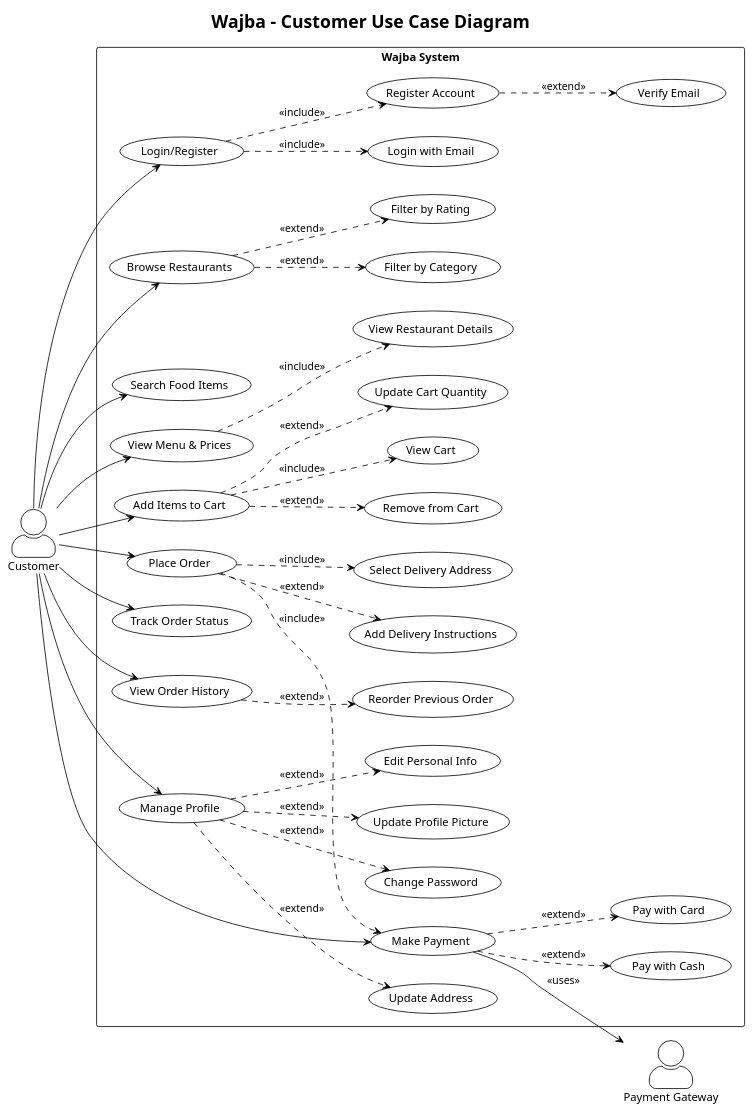
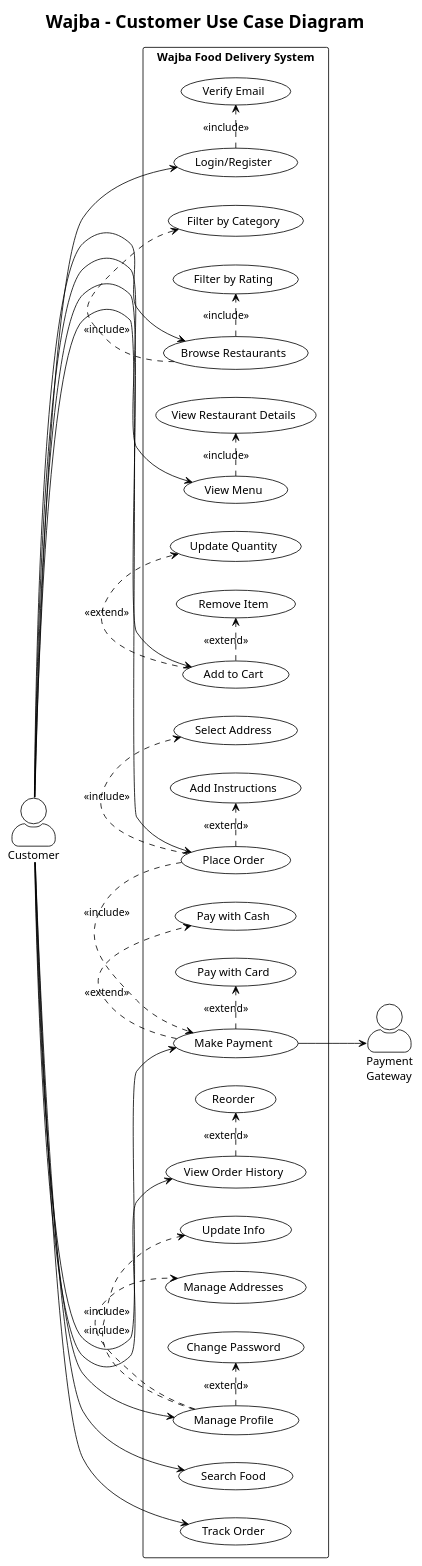
Before and after one commit to mmahmood233/SmartBite: the diagram in diagrams/usecase-customer.puml, drawn with PlantUML. The commit also changed 127 other files, not shown here.

First line of the commit message:
docs: add comprehensive order flow documentation and data management scripts

```diff
--- a/diagrams/usecase-customer.puml
+++ b/diagrams/usecase-customer.puml
@@ -1,101 +1,83 @@
-@startuml Customer Use Case Diagram
+@startuml Customer Use Case
 !theme plain
 skinparam actorStyle awesome
 
 title Wajba - Customer Use Case Diagram
 
 left to right direction
 
 actor Customer as C
-actor "Payment Gateway" as PG
+actor "Payment\nGateway" as PG
 
-rectangle "Wajba System" {
+rectangle "Wajba Food Delivery System" {
+  
   ' Authentication
   usecase "Login/Register" as UC1
-  usecase "Login with Email" as UC1A
-  usecase "Register Account" as UC1B
-  usecase "Verify Email" as UC1C
+  usecase "Verify Email" as UC1A
   
   ' Browse & Search
   usecase "Browse Restaurants" as UC2
   usecase "Filter by Category" as UC2A
   usecase "Filter by Rating" as UC2B
-  usecase "Search Food Items" as UC3
-  usecase "View Menu & Prices" as UC4
+  usecase "Search Food" as UC3
+  usecase "View Menu" as UC4
   usecase "View Restaurant Details" as UC4A
   
-  ' Cart & Ordering
-  usecase "Add Items to Cart" as UC5
-  usecase "Update Cart Quantity" as UC5A
-  usecase "Remove from Cart" as UC5B
-  usecase "View Cart" as UC5C
+  ' Cart Management
+  usecase "Add to Cart" as UC5
+  usecase "Update Quantity" as UC5A
+  usecase "Remove Item" as UC5B
+  
+  ' Order Placement
   usecase "Place Order" as UC6
-  usecase "Select Delivery Address" as UC6A
-  usecase "Add Delivery Instructions" as UC6B
+  usecase "Select Address" as UC6A
+  usecase "Add Instructions" as UC6B
   usecase "Make Payment" as UC7
   usecase "Pay with Card" as UC7A
   usecase "Pay with Cash" as UC7B
   
   ' Order Tracking
-  usecase "Track Order Status" as UC8
+  usecase "Track Order" as UC8
   usecase "View Order History" as UC9
-  usecase "Reorder Previous Order" as UC9A
+  usecase "Reorder" as UC9A
   
   ' Profile Management
   usecase "Manage Profile" as UC10
-  usecase "Update Profile Picture" as UC10A
-  usecase "Edit Personal Info" as UC10B
-  usecase "Update Address" as UC10C
-  usecase "Change Password" as UC10D
+  usecase "Update Info" as UC10A
+  usecase "Manage Addresses" as UC10B
+  usecase "Change Password" as UC10C
 }
 
 ' Customer relationships
 C --> UC1
 C --> UC2
 C --> UC3
 C --> UC4
 C --> UC5
 C --> UC6
 C --> UC7
 C --> UC8
 C --> UC9
 C --> UC10
 
-' Authentication includes
-UC1 ..> UC1A : <<include>>
-UC1 ..> UC1B : <<include>>
-UC1B ..> UC1C : <<extend>>
+' Include relationships
+UC1 .> UC1A : <<include>>
+UC2 .> UC2A : <<include>>
+UC2 .> UC2B : <<include>>
+UC4 .> UC4A : <<include>>
+UC5 .> UC5A : <<extend>>
+UC5 .> UC5B : <<extend>>
+UC6 .> UC6A : <<include>>
+UC6 .> UC6B : <<extend>>
+UC6 .> UC7 : <<include>>
+UC7 .> UC7A : <<extend>>
+UC7 .> UC7B : <<extend>>
+UC9 .> UC9A : <<extend>>
+UC10 .> UC10A : <<include>>
+UC10 .> UC10B : <<include>>
+UC10 .> UC10C : <<extend>>
 
-' Browse includes
-UC2 ..> UC2A : <<extend>>
-UC2 ..> UC2B : <<extend>>
-UC4 ..> UC4A : <<include>>
-
-' Cart includes
-UC5 ..> UC5A : <<extend>>
-UC5 ..> UC5B : <<extend>>
-UC5 ..> UC5C : <<include>>
-
-' Order includes
-UC6 ..> UC6A : <<include>>
-UC6 ..> UC6B : <<extend>>
-UC6 ..> UC7 : <<include>>
-
-' Payment includes
-UC7 ..> UC7A : <<extend>>
-UC7 ..> UC7B : <<extend>>
-
-
-' History includes
-UC9 ..> UC9A : <<extend>>
-
-' Profile includes
-UC10 ..> UC10A : <<extend>>
-UC10 ..> UC10B : <<extend>>
-UC10 ..> UC10C : <<extend>>
-UC10 ..> UC10D : <<extend>>
-
-' External actor relationships
-UC7 --> PG : <<uses>>
+' Payment Gateway
+UC7 --> PG
 
 @enduml
```
